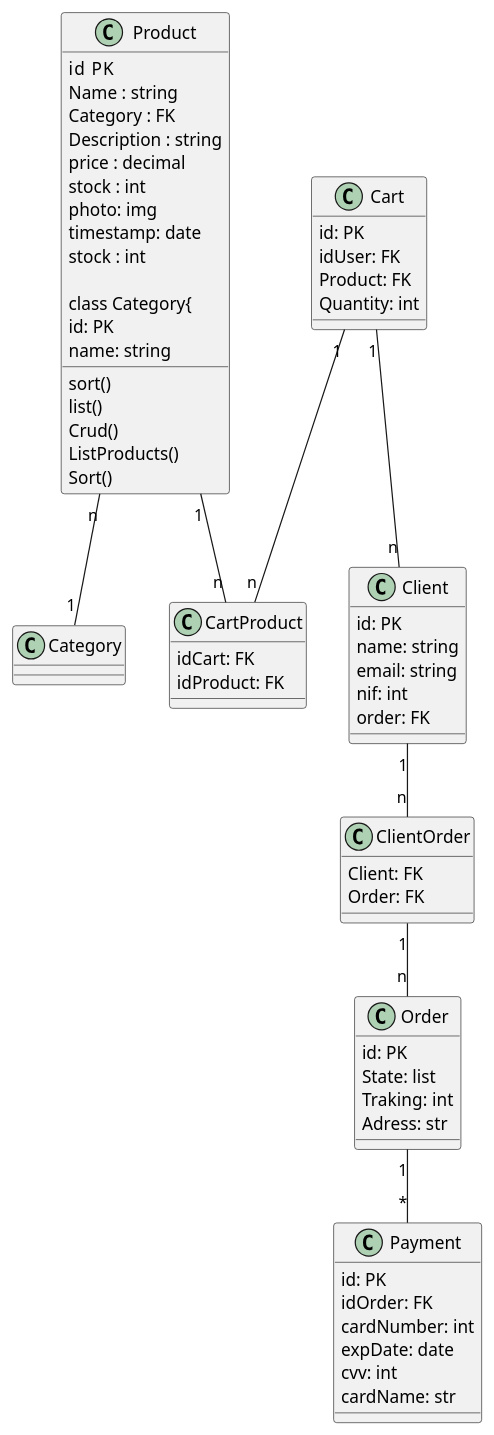
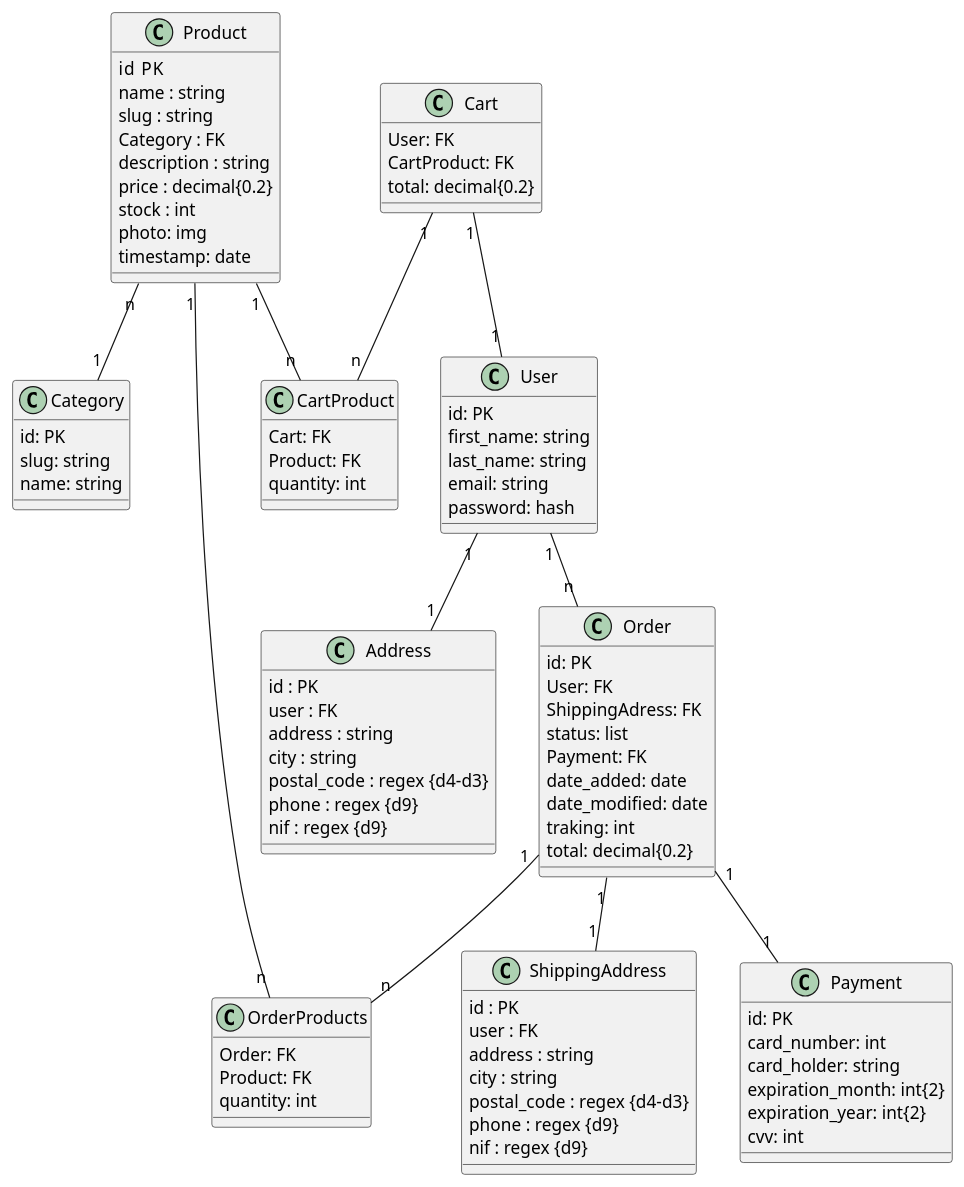
The diagram in classes.plantuml (migas553/ProjetoFinal), drawn with PlantUML before and after one commit. The commit also changed 3 other files, not shown here.

Commit message:
Refactor class names and attributes in classes.plantuml

```diff
--- a/classes.plantuml
+++ b/classes.plantuml
@@ -1,74 +1,97 @@
 @startuml Farmacia
 
 class Product{
     id  PK
-    Name : string
+    name : string
+    slug : string
     Category : FK
-    Description : string
-    price : decimal
+    description : string
+    price : decimal{0.2}
     stock : int
     photo: img
     timestamp: date
-    sort()
-    list()    
-    stock : int 
-    Crud()
-    ListProducts()
-    Sort()
+
+    }
 
 class Category{
     id: PK
+    slug: string
     name: string
 }
+class ShippingAddress{
+    id : PK
+    user : FK
+    address : string
+    city : string
+    postal_code : regex {d4-d3}
+    phone : regex {d9}  
+    nif : regex {d9}
+}
 
-class Client{
+class Address{
+    id : PK
+    user : FK
+    address : string
+    city : string
+    postal_code : regex {d4-d3}
+    phone : regex {d9}  
+    nif : regex {d9}
+}
+class User{
     id: PK
-    name: string
+    first_name: string
+    last_name: string
     email: string
-    nif: int
-    order: FK
-    
+    password: hash    
 }
 class Order{
     id: PK
-    State: list
-    Traking: int
-    Adress: str
+    User: FK
+    ShippingAdress: FK
+    status: list
+    Payment: FK
+    date_added: date
+    date_modified: date
+    traking: int
+    total: decimal{0.2}
     
 }
-class ClientOrder{
-    Client: FK
+class OrderProducts{
     Order: FK
+    Product: FK
+    quantity: int
 }
 
 class Cart{
-    id: PK
-    idUser: FK
+    User: FK
+    CartProduct: FK
+    total: decimal{0.2} 
+}
+class CartProduct{
+    Cart: FK
     Product: FK
-    Quantity: int
-}
-
-class CartProduct{
-    idCart: FK
-    idProduct: FK
+    quantity: int
 }
 
 class Payment{
     id: PK
-    idOrder: FK
-    cardNumber: int
-    expDate: date
+    card_number: int
+    card_holder: string
+    expiration_month: int{2}
+    expiration_year: int{2}
     cvv: int
-    cardName: str
 
 } 
 
-Order "1" -- "*" Payment
-Product "1" -- "n" CartProduct
+Order "1" -- "1" Payment
+Product "1" -- "n" OrderProducts
+Order "1" -- "n" OrderProducts
 Product "n" -- "1" Category
 Cart "1" -- "n" CartProduct
-Cart "1" -- "n" Client
-Client "1" -- "n" ClientOrder
-ClientOrder "1" -- "n" Order
+Product "1" -- "n" CartProduct
+Cart "1" -- "1" User
+User "1" -- "n" Order
+User "1" -- "1" Address
+Order "1" -- "1" ShippingAddress
 
 @enduml
```
